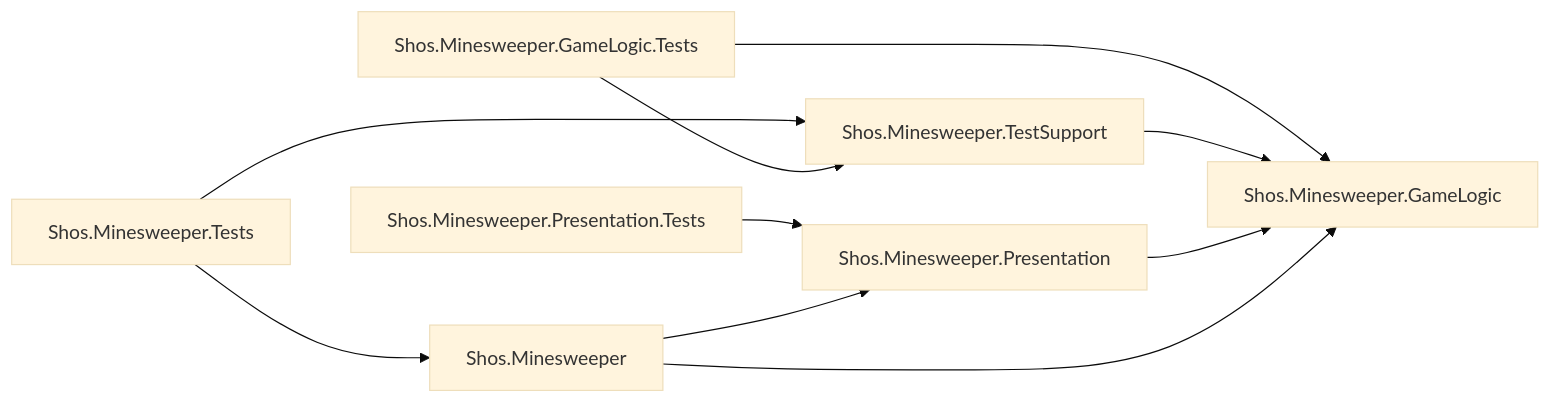
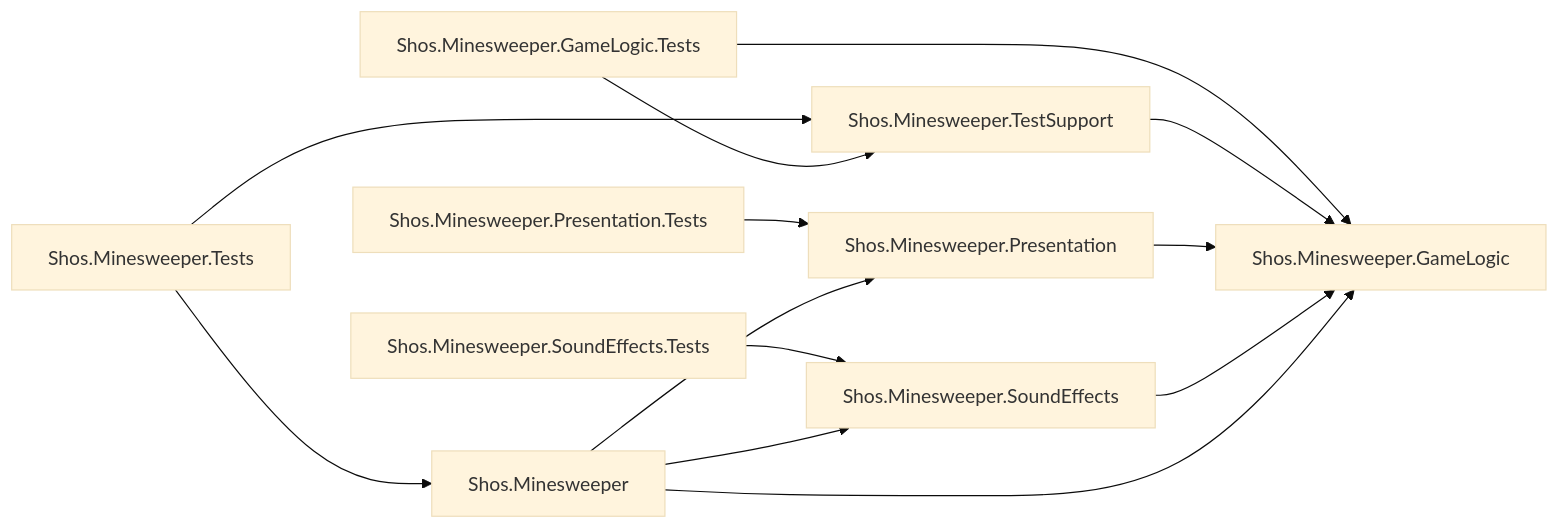
One commit to Fujiwo/Shos.Minesweeper changed the second of 12 diagrams in docs/04-architecture.md. Above: the diagram before and after it, drawn with Mermaid (base theme). The commit also changed other lines of this file and 4 other files, not shown here.

````diff
--- a/docs/04-architecture.md
+++ b/docs/04-architecture.md
@@ -97,12 +124,15 @@
 ```mermaid
 flowchart LR
     Tests["Shos.Minesweeper.Tests"] --> AppProject["Shos.Minesweeper"]
     Tests --> TestSupport["Shos.Minesweeper.TestSupport"]
     GameLogicTests["Shos.Minesweeper.GameLogic.Tests"] --> GameLogic["Shos.Minesweeper.GameLogic"]
     GameLogicTests --> TestSupport
     TestSupport --> GameLogic
     PresentationTests["Shos.Minesweeper.Presentation.Tests"] --> Presentation["Shos.Minesweeper.Presentation"]
+    SoundEffectsTests["Shos.Minesweeper.SoundEffects.Tests"] --> SoundEffects["Shos.Minesweeper.SoundEffects"]
     AppProject --> Presentation
+    AppProject --> SoundEffects
     Presentation --> GameLogic
+    SoundEffects --> GameLogic
     AppProject --> GameLogic
 ```
````
